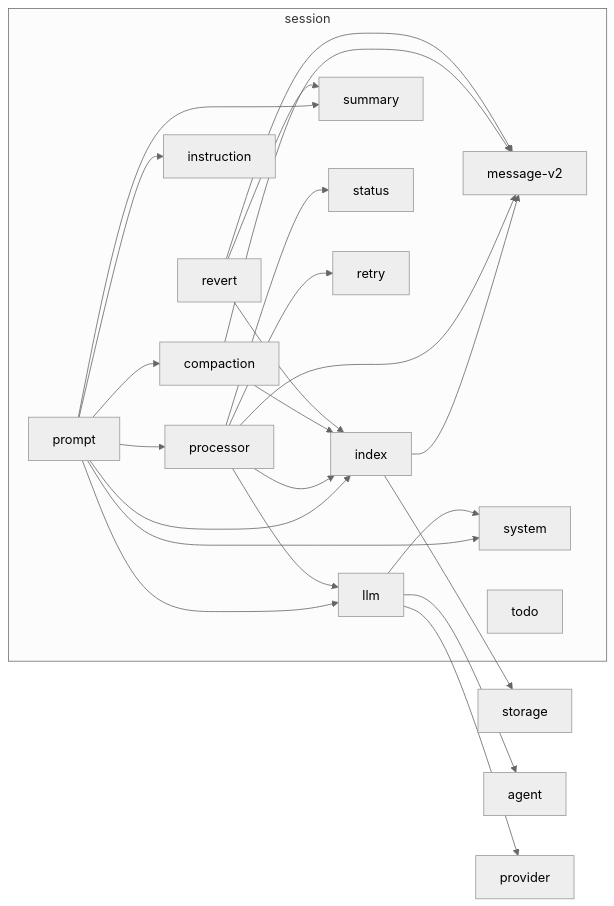
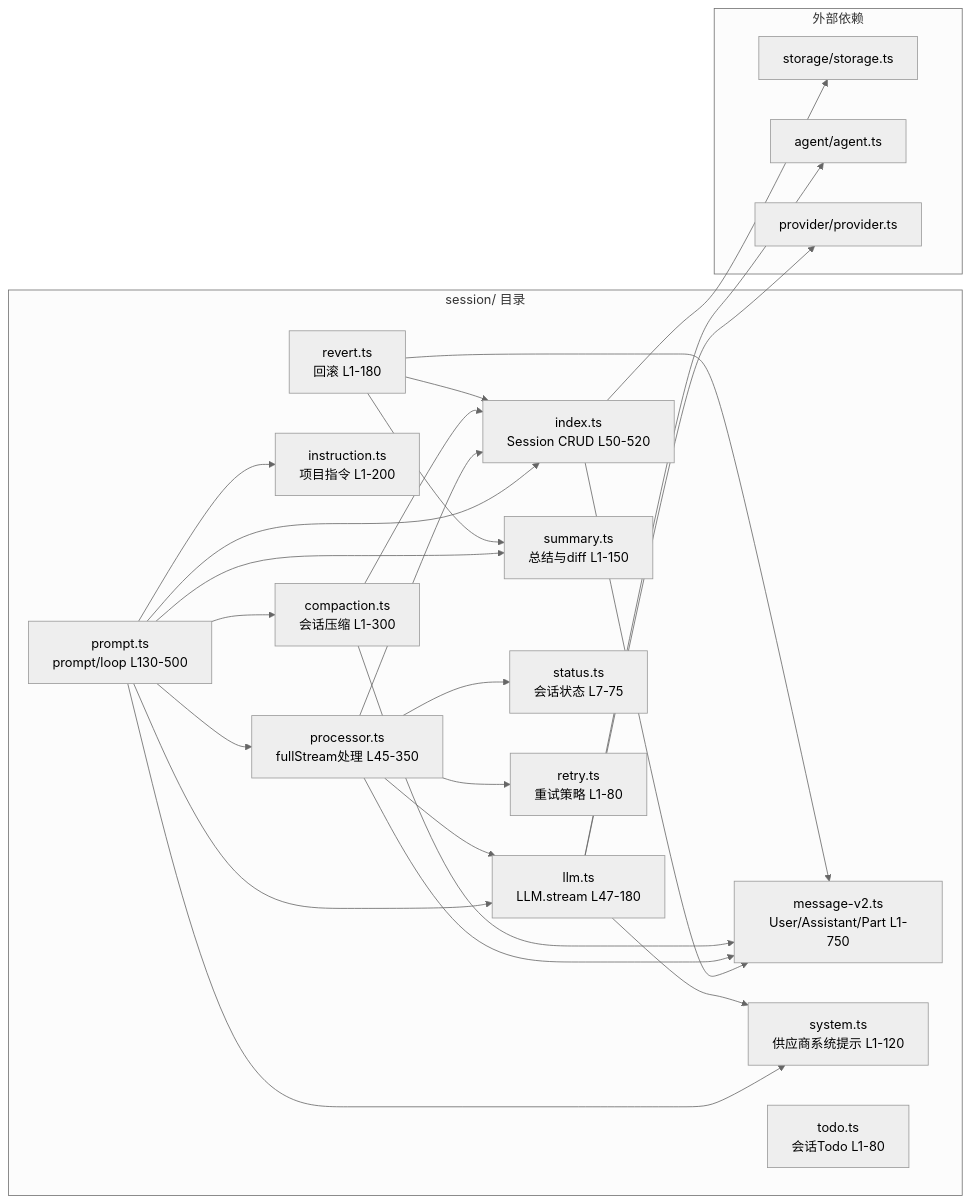
The sixth of 6 diagrams in packages/opencode/src/session/SESSION_MODULE_ANALYSIS.md (dolibali/opencode), drawn with Mermaid (neutral theme) before and after one commit. The commit also changed other lines of this file and 2 other files, not shown here.

Commit message:
Add session module md

````diff
--- a/packages/opencode/src/session/SESSION_MODULE_ANALYSIS.md
+++ b/packages/opencode/src/session/SESSION_MODULE_ANALYSIS.md
@@ -426,41 +427,47 @@
 ```mermaid
 flowchart LR
-  subgraph session
-    index
-    prompt
-    processor
-    llm
-    message-v2
-    system
-    instruction
-    compaction
-    summary
-    status
-    retry
-    revert
-    todo
+  subgraph session["session/ 目录"]
+    index["index.ts<br/>Session CRUD L50-520"]
+    prompt["prompt.ts<br/>prompt/loop L130-500"]
+    processor["processor.ts<br/>fullStream处理 L45-350"]
+    llm["llm.ts<br/>LLM.stream L47-180"]
+    msg["message-v2.ts<br/>User/Assistant/Part L1-750"]
+    system["system.ts<br/>供应商系统提示 L1-120"]
+    instruction["instruction.ts<br/>项目指令 L1-200"]
+    compaction["compaction.ts<br/>会话压缩 L1-300"]
+    summary["summary.ts<br/>总结与diff L1-150"]
+    status["status.ts<br/>会话状态 L7-75"]
+    retry["retry.ts<br/>重试策略 L1-80"]
+    revert["revert.ts<br/>回滚 L1-180"]
+    todo["todo.ts<br/>会话Todo L1-80"]
   end
 
-  index --> message-v2
+  subgraph external["外部依赖"]
+    storage["storage/storage.ts"]
+    agent["agent/agent.ts"]
+    provider["provider/provider.ts"]
+  end
+
+  index --> msg
   index --> storage
   prompt --> index
   prompt --> processor
   prompt --> llm
   prompt --> system
   prompt --> instruction
   prompt --> compaction
   prompt --> summary
   processor --> llm
   processor --> index
-  processor --> message-v2
+  processor --> msg
   processor --> status
   processor --> retry
   llm --> system
   llm --> agent
   llm --> provider
   compaction --> index
-  compaction --> message-v2
+  compaction --> msg
   revert --> index
-  revert --> message-v2
+  revert --> msg
   revert --> summary
 ```
````
